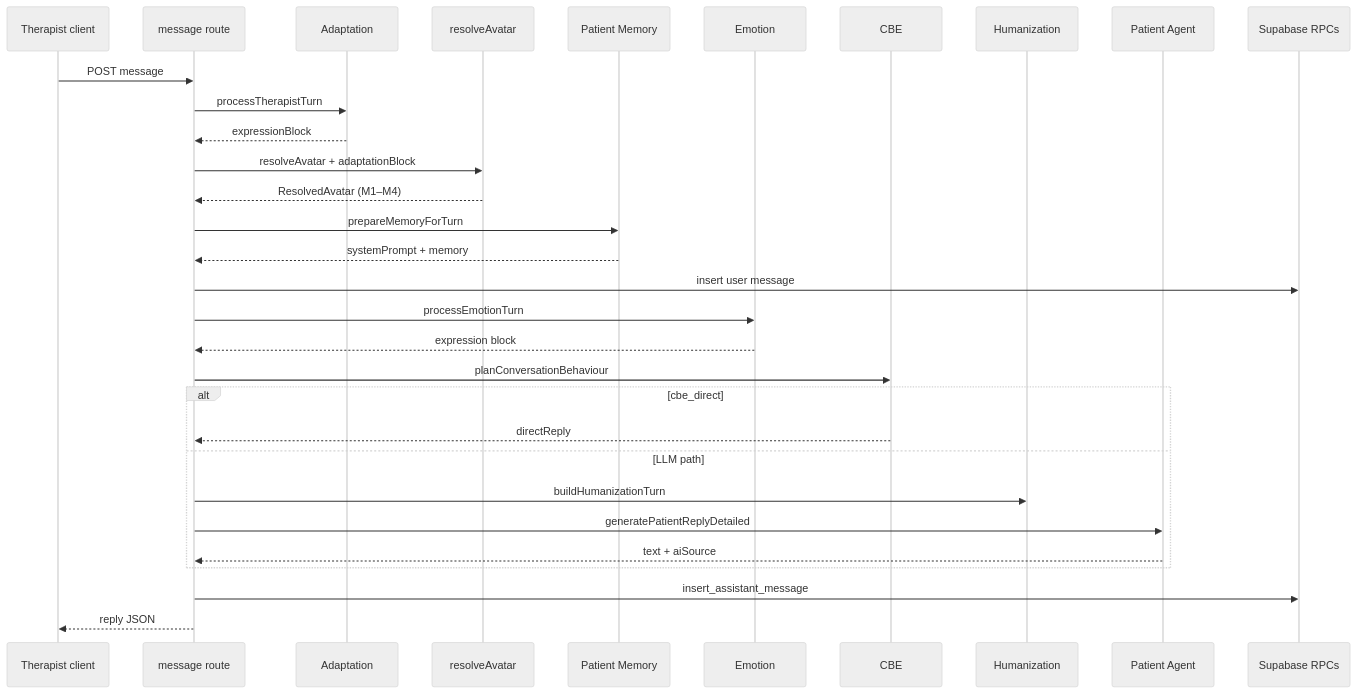
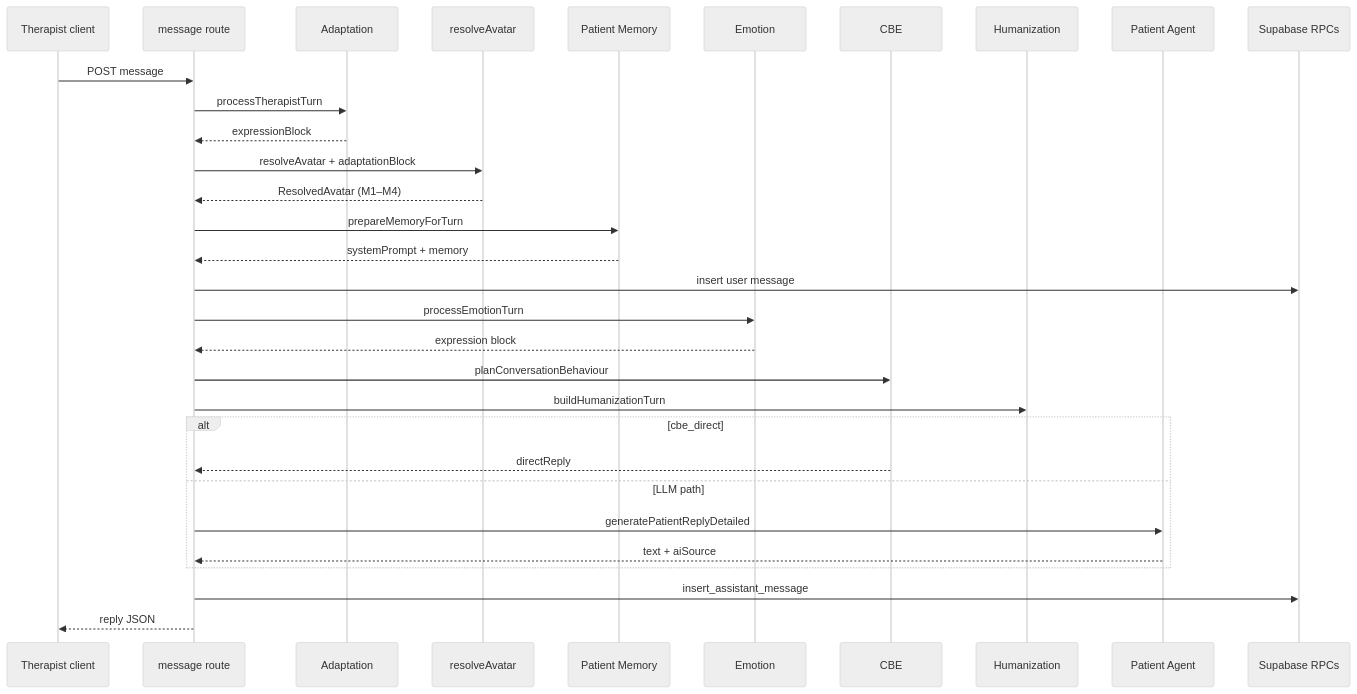
Before and after one commit to alhazayed/vpsych: the third of 4 diagrams in docs/SOFTWARE_ARCHITECTURE.md, drawn with Mermaid (neutral theme). The commit also changed other lines of this file and 17 other files, not shown here.

````diff
--- a/docs/SOFTWARE_ARCHITECTURE.md
+++ b/docs/SOFTWARE_ARCHITECTURE.md
@@ -298,34 +300,34 @@
 ```mermaid
 sequenceDiagram
   participant T as Therapist client
   participant API as message route
   participant Ad as Adaptation
   participant R as resolveAvatar
   participant M as Patient Memory
   participant E as Emotion
   participant C as CBE
   participant H as Humanization
   participant P as Patient Agent
   participant DB as Supabase RPCs
 
   T->>API: POST message
   API->>Ad: processTherapistTurn
   Ad-->>API: expressionBlock
   API->>R: resolveAvatar + adaptationBlock
   R-->>API: ResolvedAvatar (M1–M4)
   API->>M: prepareMemoryForTurn
   M-->>API: systemPrompt + memory
   API->>DB: insert user message
   API->>E: processEmotionTurn
   E-->>API: expression block
   API->>C: planConversationBehaviour
+  API->>H: buildHumanizationTurn
   alt cbe_direct
     C-->>API: directReply
   else LLM path
-    API->>H: buildHumanizationTurn
     API->>P: generatePatientReplyDetailed
     P-->>API: text + aiSource
   end
   API->>DB: insert_assistant_message
   API-->>T: reply JSON
 ```
````
